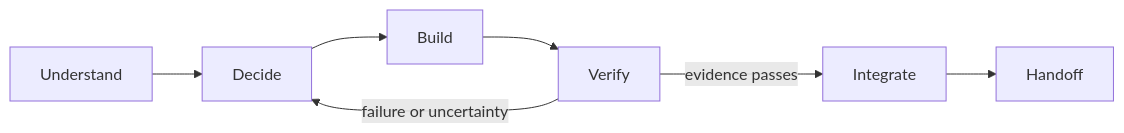
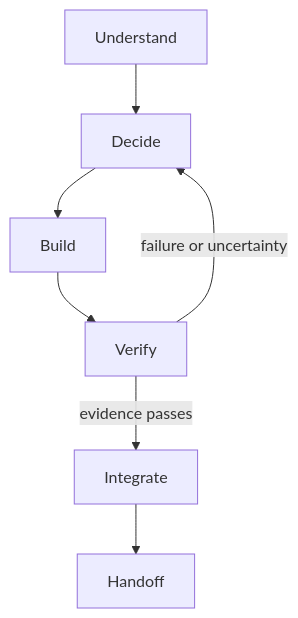
The diagram in README.md (montassarkhalloufi/DevMethod), drawn with Mermaid before and after one commit. The commit also changed other lines of this file and 26 other files, not shown here.

````diff
--- a/README.md
+++ b/README.md
@@ -66,9 +90,9 @@
 ```mermaid
-flowchart LR
+flowchart TD
   A[Understand] --> B[Decide]
   B --> C[Build]
   C --> D[Verify]
   D -->|evidence passes| E[Integrate]
   D -->|failure or uncertainty| B
   E --> F[Handoff]
 ```
````
